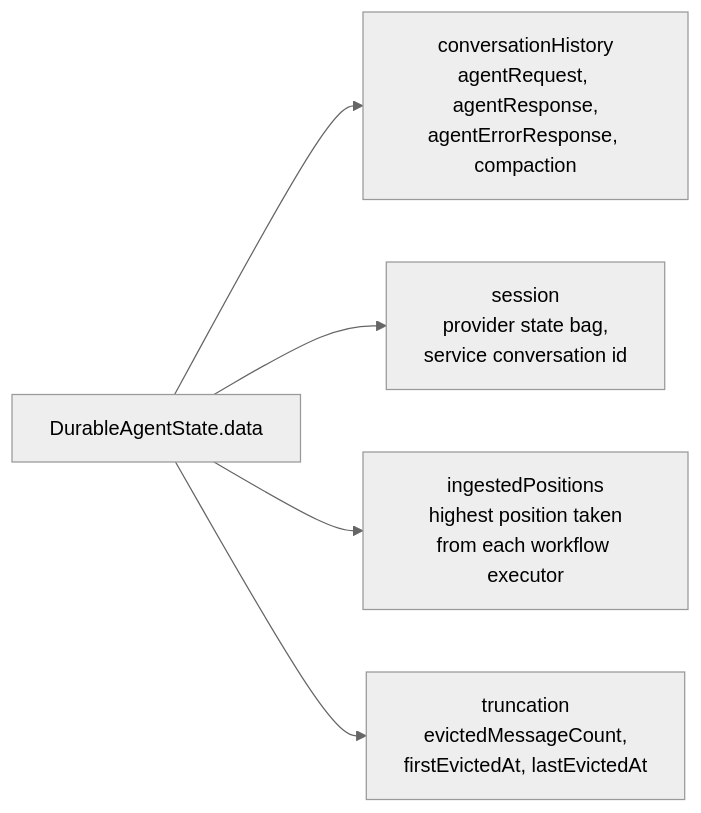
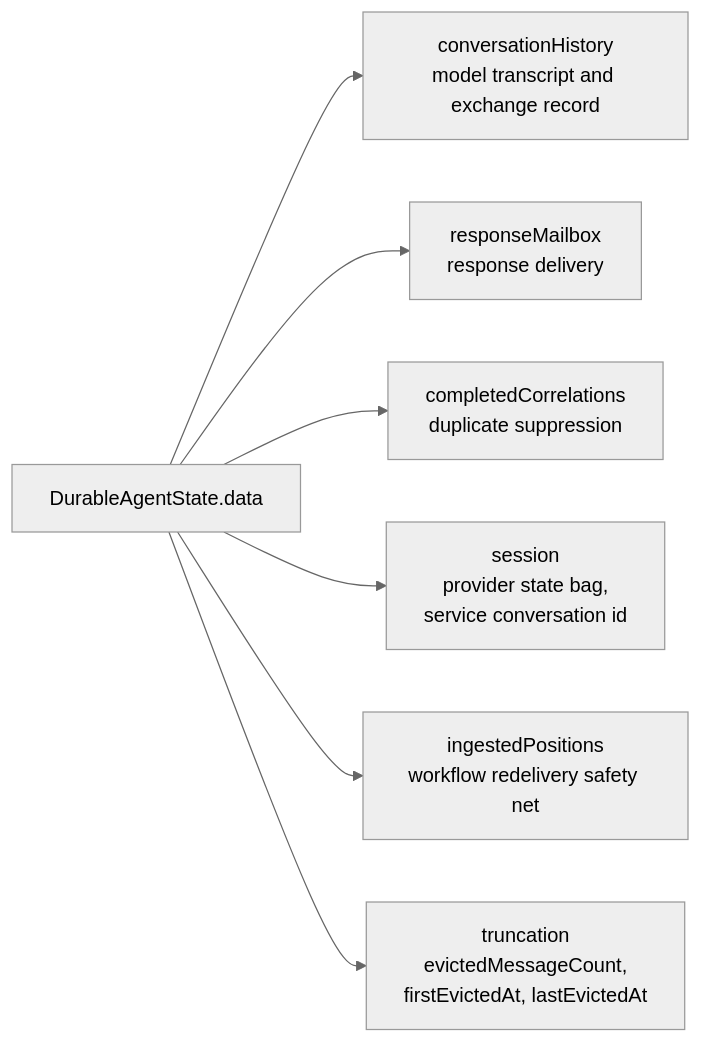
One commit to microsoft/agent-framework-durable-extension changed the third of 5 diagrams in docs/decisions/0032-durable-thread-compaction.md. Above: the diagram before and after it, drawn with Mermaid (neutral theme). The commit also changed other lines of this file, not shown here.

````diff
--- a/docs/decisions/0032-durable-thread-compaction.md
+++ b/docs/decisions/0032-durable-thread-compaction.md
@@ -277,8 +303,10 @@
 ```mermaid
 flowchart LR
     D["DurableAgentState.data"]
-    D --> CH["conversationHistory<br/>agentRequest, agentResponse,<br/>agentErrorResponse, compaction"]
+    D --> CH["conversationHistory<br/>model transcript and exchange record"]
+    D --> MB["responseMailbox<br/>response delivery"]
+    D --> CC["completedCorrelations<br/>duplicate suppression"]
     D --> SE["session<br/>provider state bag,<br/>service conversation id"]
-    D --> IP["ingestedPositions<br/>highest position taken<br/>from each workflow executor"]
+    D --> IP["ingestedPositions<br/>workflow redelivery safety net"]
     D --> TR["truncation<br/>evictedMessageCount,<br/>firstEvictedAt, lastEvictedAt"]
 ```
````
